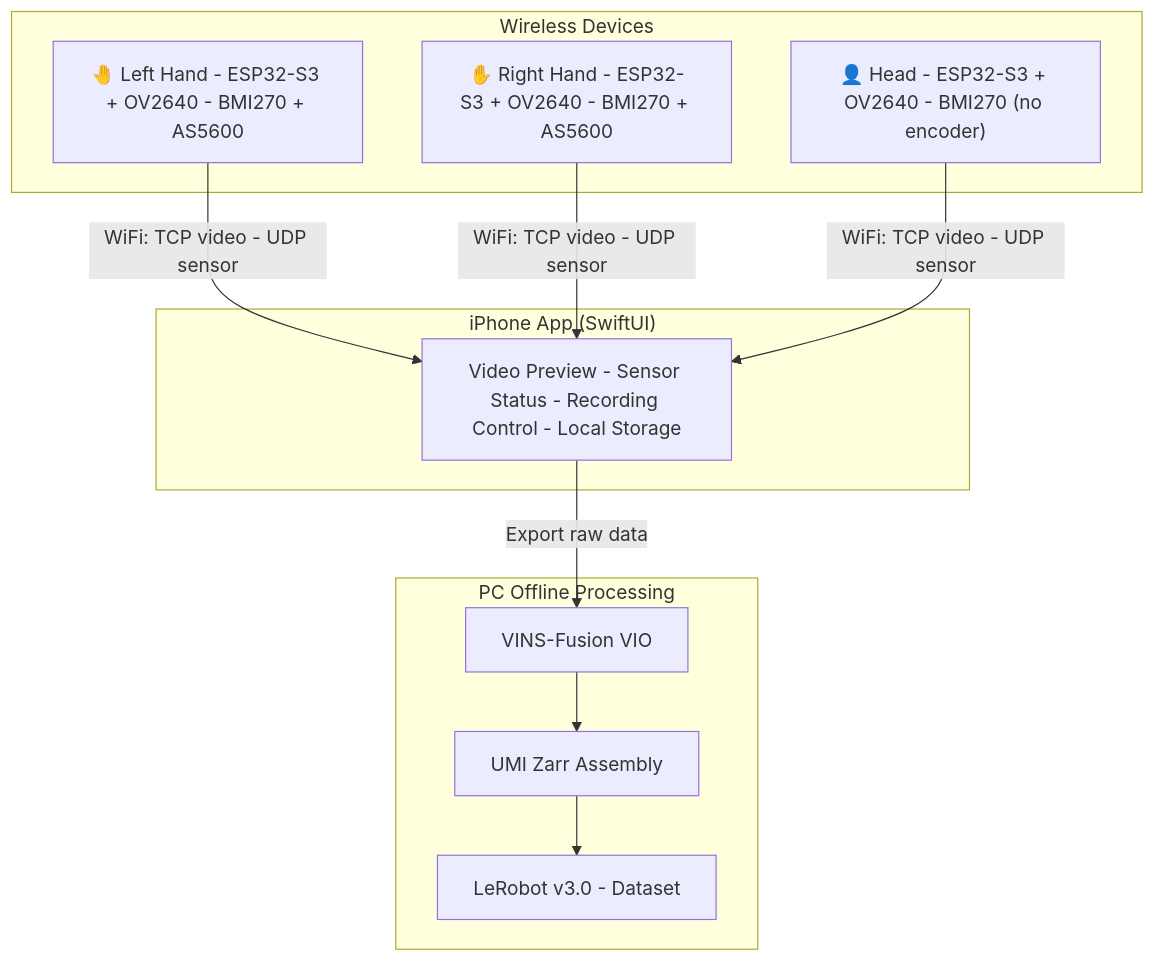
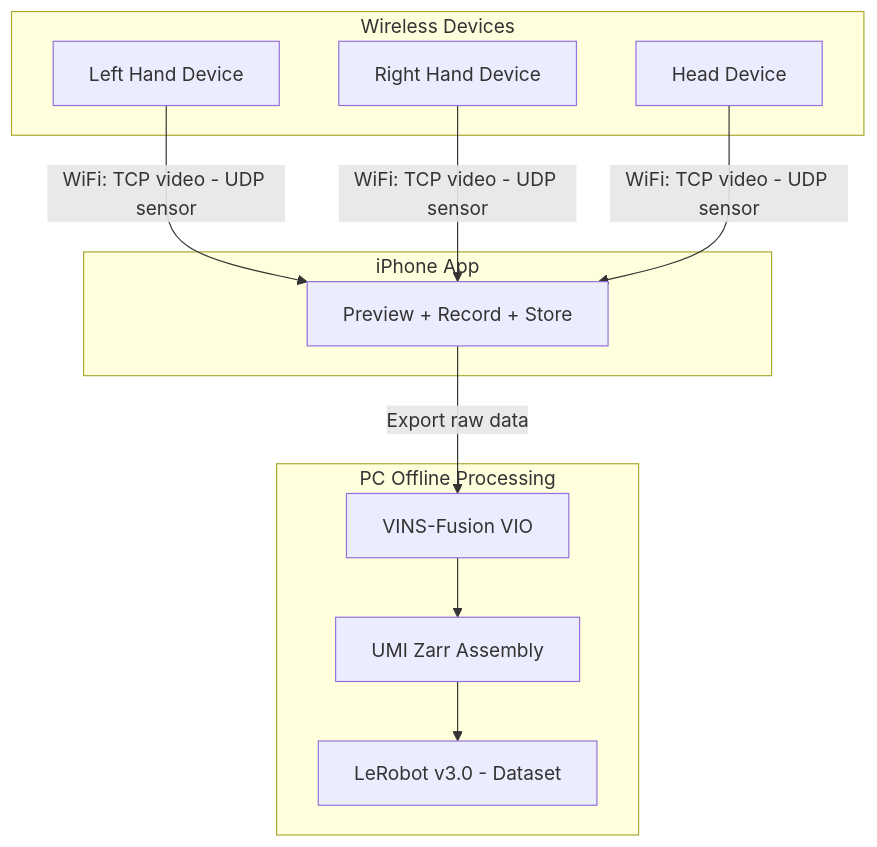
One commit to Auromix/OpenUMI changed the first of 2 diagrams in README.md. Above: the diagram before and after it, drawn with Mermaid. The commit also changed other lines of this file and 5 other files, not shown here.

First line of the commit message:
Fix Mermaid: remove emoji, parentheses, simplify all labels

````diff
--- a/README.md
+++ b/README.md
@@ -25,25 +25,25 @@
 ```mermaid
 graph TD
     subgraph Devices["Wireless Devices"]
-        L["🤚 Left Hand - ESP32-S3 + OV2640 - BMI270 + AS5600"]
-        R["✋ Right Hand - ESP32-S3 + OV2640 - BMI270 + AS5600"]
-        H["👤 Head - ESP32-S3 + OV2640 - BMI270 (no encoder)"]
+        L["Left Hand Device"]
+        R["Right Hand Device"]
+        H["Head Device"]
     end
 
-    subgraph Phone["iPhone App (SwiftUI)"]
-        P["Video Preview - Sensor Status - Recording Control - Local Storage"]
+    subgraph Phone["iPhone App"]
+        P["Preview + Record + Store"]
     end
 
     subgraph PC["PC Offline Processing"]
         VIO["VINS-Fusion VIO"]
         CONV["UMI Zarr Assembly"]
         LR["LeRobot v3.0 - Dataset"]
     end
 
     L -- "WiFi: TCP video - UDP sensor" --> P
     R -- "WiFi: TCP video - UDP sensor" --> P
     H -- "WiFi: TCP video - UDP sensor" --> P
     P -- "Export raw data" --> VIO
     VIO --> CONV
     CONV --> LR
 ```
````
